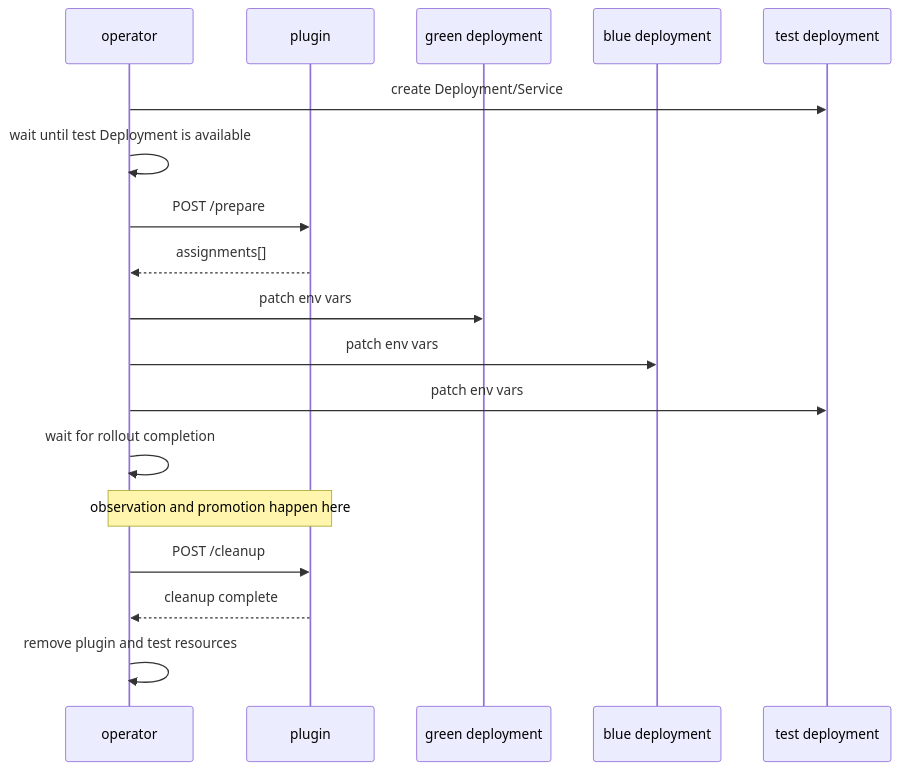
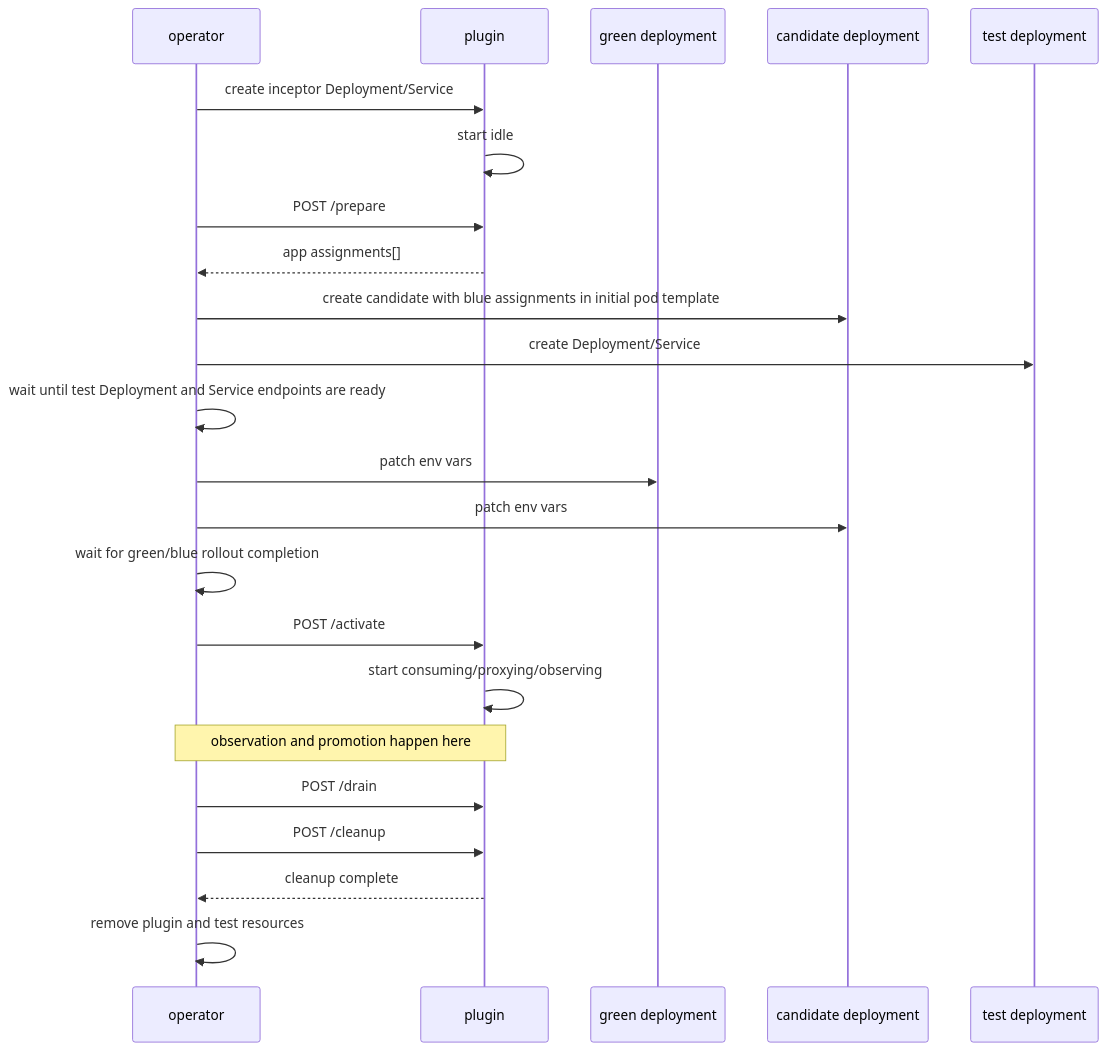
The fourth of 5 diagrams in docs/reference/plugin-interface.md (dlahmad/fluidbgoperator), drawn with Mermaid before and after one commit. The commit also changed other lines of this file and 70 other files, not shown here.

````diff
--- a/docs/reference/plugin-interface.md
+++ b/docs/reference/plugin-interface.md
@@ -434,23 +477,28 @@
 ```mermaid
 sequenceDiagram
     participant O as operator
     participant P as plugin
     participant G as green deployment
-    participant B as blue deployment
+    participant B as candidate deployment
     participant T as test deployment
 
+    O->>P: create inceptor Deployment/Service
+    P->>P: start idle
+    O->>P: POST /prepare
+    P-->>O: app assignments[]
+    O->>B: create candidate with blue assignments in initial pod template
     O->>T: create Deployment/Service
-    O->>O: wait until test Deployment is available
-    O->>P: POST /prepare
-    P-->>O: assignments[]
+    O->>O: wait until test Deployment and Service endpoints are ready
     O->>G: patch env vars
     O->>B: patch env vars
-    O->>T: patch env vars
-    O->>O: wait for rollout completion
+    O->>O: wait for green/blue rollout completion
+    O->>P: POST /activate
+    P->>P: start consuming/proxying/observing
 
     Note over O,P: observation and promotion happen here
 
+    O->>P: POST /drain
     O->>P: POST /cleanup
     P-->>O: cleanup complete
     O->>O: remove plugin and test resources
 ```
````
